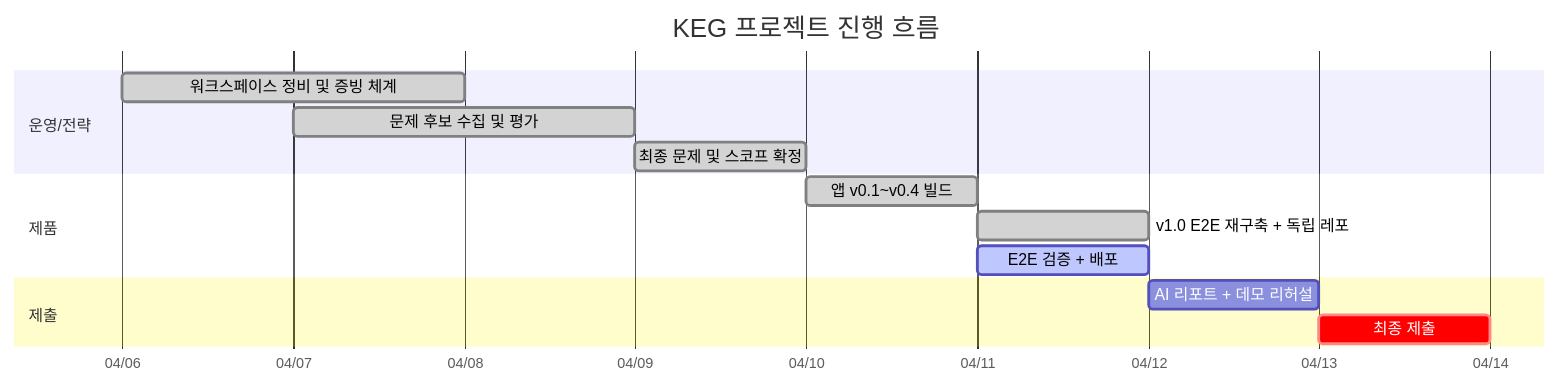
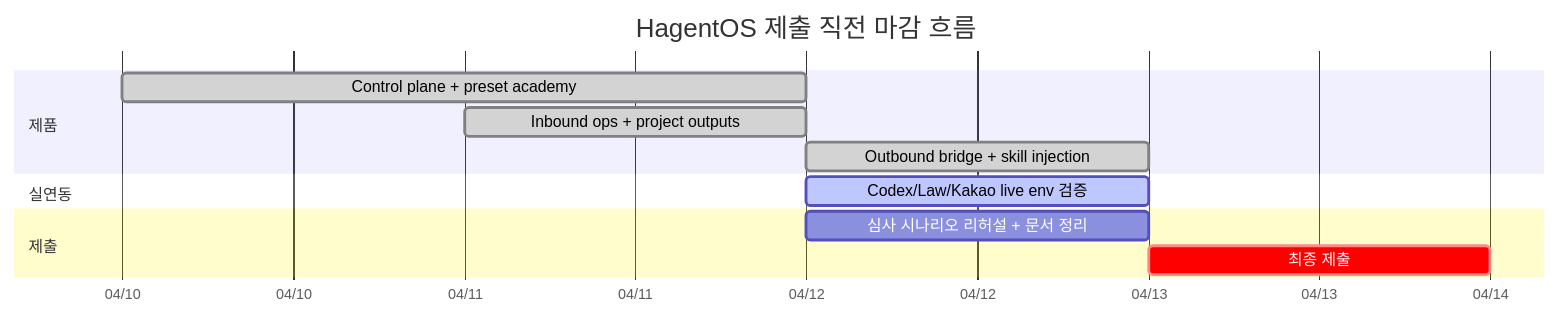
One commit to River-181/KEG-Mangsanggwedo changed the diagram in _system/dashboard/project-dashboard.md. Above: the diagram before and after it, drawn with Mermaid. The commit also changed other lines of this file and 1500 other files, not shown here.

````diff
--- a/_system/dashboard/project-dashboard.md
+++ b/_system/dashboard/project-dashboard.md
@@ -49,17 +137,15 @@
 ```mermaid
 gantt
-    title KEG 프로젝트 진행 흐름
+    title HagentOS 제출 직전 마감 흐름
     dateFormat  YYYY-MM-DD
     axisFormat  %m/%d
-    section 운영/전략
-    워크스페이스 정비 및 증빙 체계 :done, a1, 2026-04-06, 2d
-    문제 후보 수집 및 평가 :done, a2, 2026-04-07, 2d
-    최종 문제 및 스코프 확정 :done, a3, 2026-04-09, 1d
     section 제품
-    앱 v0.1~v0.4 빌드 :done, a4, 2026-04-10, 1d
-    v1.0 E2E 재구축 + 독립 레포 :done, a5, 2026-04-11, 1d
-    E2E 검증 + 배포 :active, a6, 2026-04-11, 1d
+    Control plane + preset academy :done, a1, 2026-04-10, 2d
+    Inbound ops + project outputs :done, a2, 2026-04-11, 1d
+    Outbound bridge + skill injection :done, a3, 2026-04-12, 1d
+    section 실연동
+    Codex/Law/Kakao live env 검증 :active, a4, 2026-04-12, 1d
     section 제출
-    AI 리포트 + 데모 리허설 :a7, 2026-04-12, 1d
-    최종 제출 :crit, a8, 2026-04-13, 1d
+    심사 시나리오 리허설 + 문서 정리 :a5, 2026-04-12, 1d
+    최종 제출 :crit, a6, 2026-04-13, 1d
 ```
````
